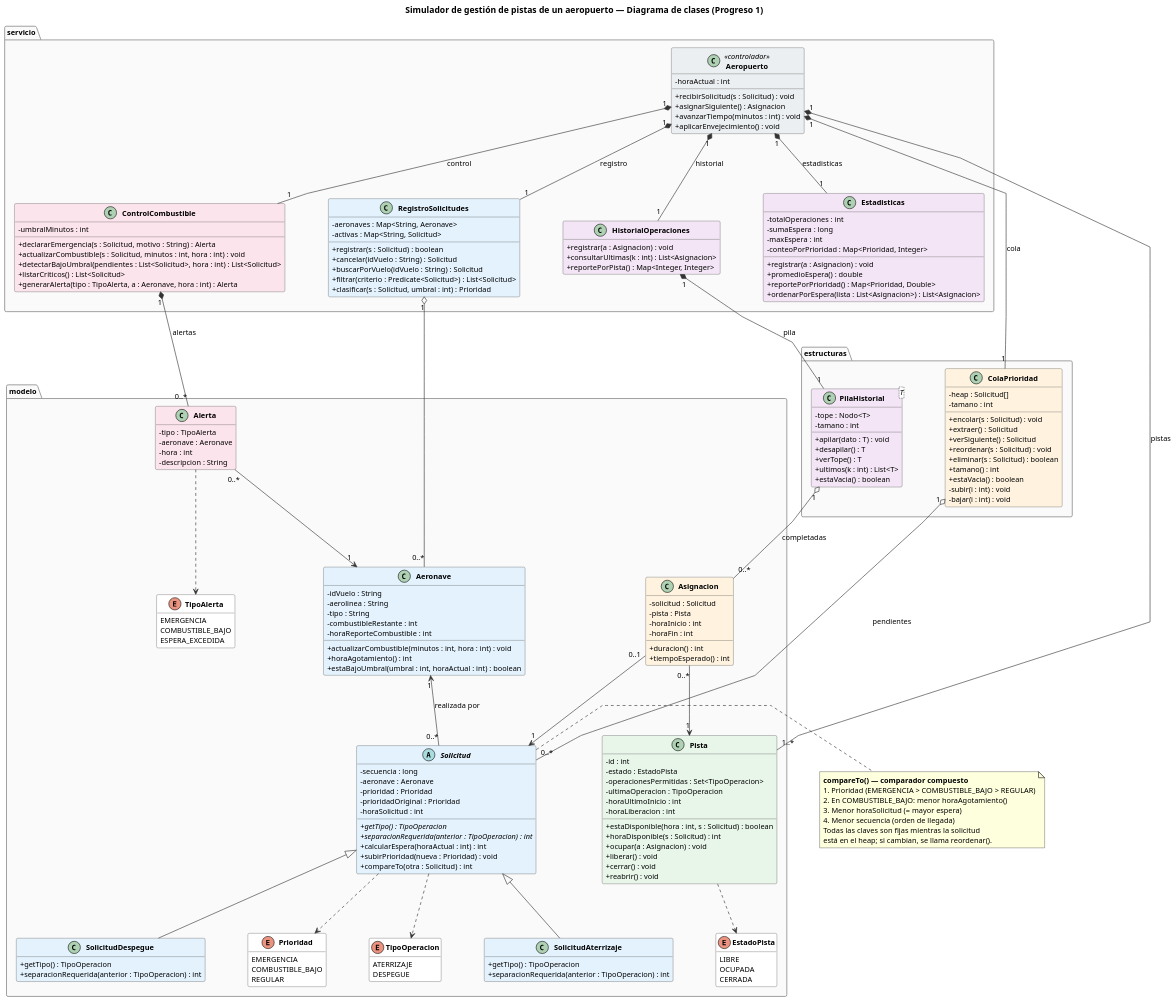
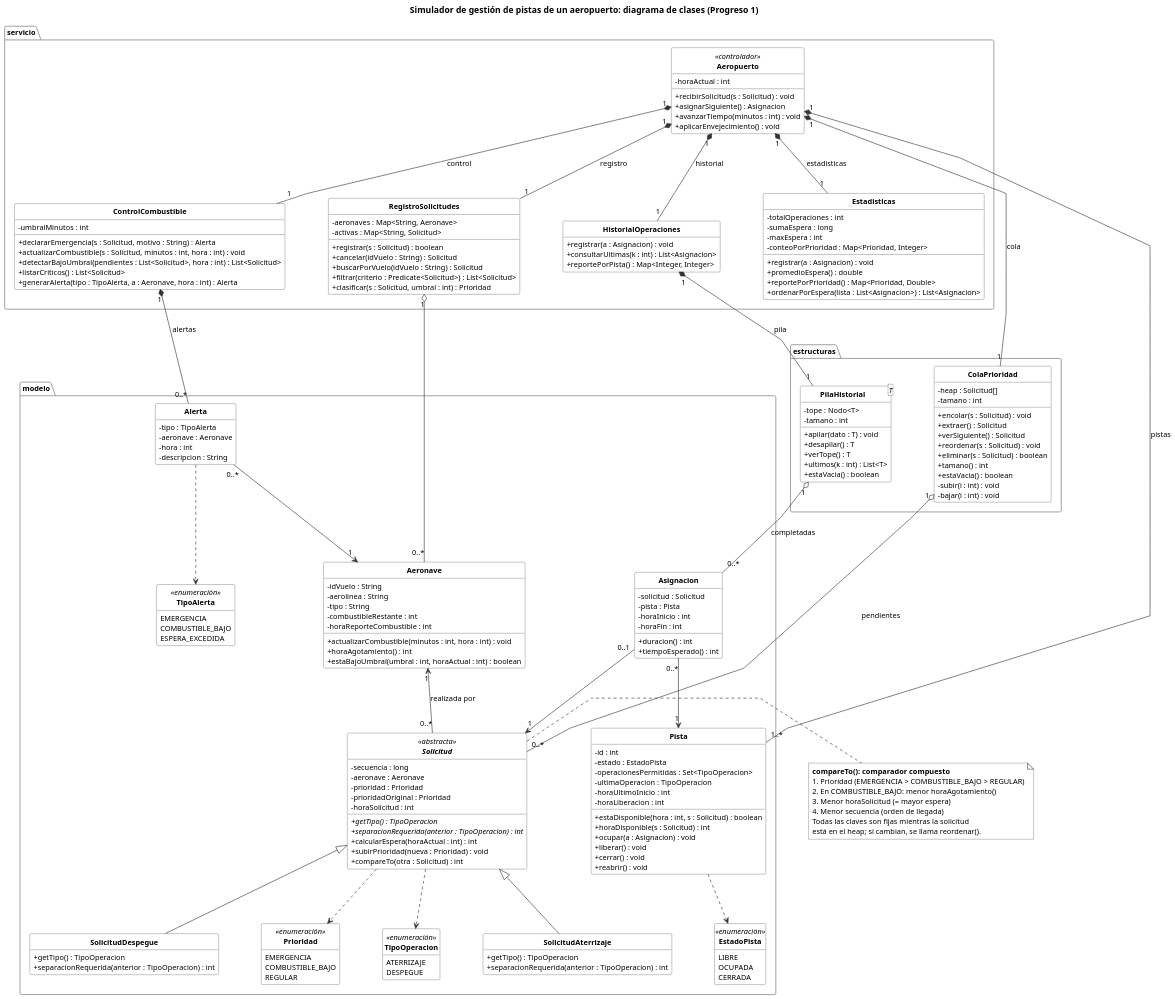
Before and after one commit to bundo123/simulador-aeropuerto: the diagram in docs/uml/diagrama-clases.puml, drawn with PlantUML. The commit also changed 4 other files, not shown here.

First line of the commit message:
README más claro, UML en blanco y negro e informe con enlace al repositorio

```diff
--- a/docs/uml/diagrama-clases.puml
+++ b/docs/uml/diagrama-clases.puml
@@ -15,17 +15,25 @@
   BackgroundColor #FFFFFF
   BorderColor #444444
 }
+skinparam note {
+  BackgroundColor #FFFFFF
+  BorderColor #444444
+}
+skinparam enum {
+  BackgroundColor #FFFFFF
+}
+hide circle
 skinparam package {
-  BackgroundColor #FAFAFA
+  BackgroundColor #FFFFFF
   BorderColor #999999
   FontStyle bold
 }
 hide empty members
 hide enum methods
-title Simulador de gestión de pistas de un aeropuerto — Diagrama de clases (Progreso 1)
+title Simulador de gestión de pistas de un aeropuerto: diagrama de clases (Progreso 1)
 
 package "modelo" {
-  class Aeronave #E3F2FD {
+  class Aeronave {
     - idVuelo : String
     - aerolinea : String
     - tipo : String
@@ -36,7 +44,7 @@
     + estaBajoUmbral(umbral : int, horaActual : int) : boolean
   }
 
-  abstract class Solicitud #E3F2FD {
+  abstract class Solicitud <<abstracta>> {
     - secuencia : long
     - aeronave : Aeronave
     - prioridad : Prioridad
@@ -49,17 +57,17 @@
     + compareTo(otra : Solicitud) : int
   }
 
-  class SolicitudAterrizaje #E3F2FD {
+  class SolicitudAterrizaje {
     + getTipo() : TipoOperacion
     + separacionRequerida(anterior : TipoOperacion) : int
   }
 
-  class SolicitudDespegue #E3F2FD {
+  class SolicitudDespegue {
     + getTipo() : TipoOperacion
     + separacionRequerida(anterior : TipoOperacion) : int
   }
 
-  class Pista #E8F5E9 {
+  class Pista {
     - id : int
     - estado : EstadoPista
     - operacionesPermitidas : Set<TipoOperacion>
@@ -74,7 +82,7 @@
     + reabrir() : void
   }
 
-  class Asignacion #FFF3E0 {
+  class Asignacion {
     - solicitud : Solicitud
     - pista : Pista
     - horaInicio : int
@@ -83,28 +91,28 @@
     + tiempoEsperado() : int
   }
 
-  class Alerta #FCE4EC {
+  class Alerta {
     - tipo : TipoAlerta
     - aeronave : Aeronave
     - hora : int
     - descripcion : String
   }
 
-  enum Prioridad {
+  enum Prioridad <<enumeración>> {
     EMERGENCIA
     COMBUSTIBLE_BAJO
     REGULAR
   }
-  enum TipoOperacion {
+  enum TipoOperacion <<enumeración>> {
     ATERRIZAJE
     DESPEGUE
   }
-  enum EstadoPista {
+  enum EstadoPista <<enumeración>> {
     LIBRE
     OCUPADA
     CERRADA
   }
-  enum TipoAlerta {
+  enum TipoAlerta <<enumeración>> {
     EMERGENCIA
     COMBUSTIBLE_BAJO
     ESPERA_EXCEDIDA
@@ -112,7 +120,7 @@
 }
 
 package "estructuras" {
-  class ColaPrioridad #FFF3E0 {
+  class ColaPrioridad {
     - heap : Solicitud[]
     - tamano : int
     + encolar(s : Solicitud) : void
@@ -126,7 +134,7 @@
     - bajar(i : int) : void
   }
 
-  class "PilaHistorial<T>" as PilaHistorial #F3E5F5 {
+  class "PilaHistorial<T>" as PilaHistorial {
     - tope : Nodo<T>
     - tamano : int
     + apilar(dato : T) : void
@@ -138,7 +146,7 @@
 }
 
 package "servicio" {
-  class Aeropuerto <<controlador>> #ECEFF1 {
+  class Aeropuerto <<controlador>> {
     - horaActual : int
     + recibirSolicitud(s : Solicitud) : void
     + asignarSiguiente() : Asignacion
@@ -146,7 +154,7 @@
     + aplicarEnvejecimiento() : void
   }
 
-  class RegistroSolicitudes #E3F2FD {
+  class RegistroSolicitudes {
     - aeronaves : Map<String, Aeronave>
     - activas : Map<String, Solicitud>
     + registrar(s : Solicitud) : boolean
@@ -156,7 +164,7 @@
     + clasificar(s : Solicitud, umbral : int) : Prioridad
   }
 
-  class ControlCombustible #FCE4EC {
+  class ControlCombustible {
     - umbralMinutos : int
     + declararEmergencia(s : Solicitud, motivo : String) : Alerta
     + actualizarCombustible(s : Solicitud, minutos : int, hora : int) : void
@@ -165,13 +173,13 @@
     + generarAlerta(tipo : TipoAlerta, a : Aeronave, hora : int) : Alerta
   }
 
-  class HistorialOperaciones #F3E5F5 {
+  class HistorialOperaciones {
     + registrar(a : Asignacion) : void
     + consultarUltimas(k : int) : List<Asignacion>
     + reportePorPista() : Map<Integer, Integer>
   }
 
-  class Estadisticas #F3E5F5 {
+  class Estadisticas {
     - totalOperaciones : int
     - sumaEspera : long
     - maxEspera : int
@@ -215,7 +223,7 @@
 Alerta ..> TipoAlerta
 
 note right of Solicitud
-  <b>compareTo() — comparador compuesto</b>
+  <b>compareTo(): comparador compuesto</b>
   1. Prioridad (EMERGENCIA > COMBUSTIBLE_BAJO > REGULAR)
   2. En COMBUSTIBLE_BAJO: menor horaAgotamiento()
   3. Menor horaSolicitud (= mayor espera)
```
